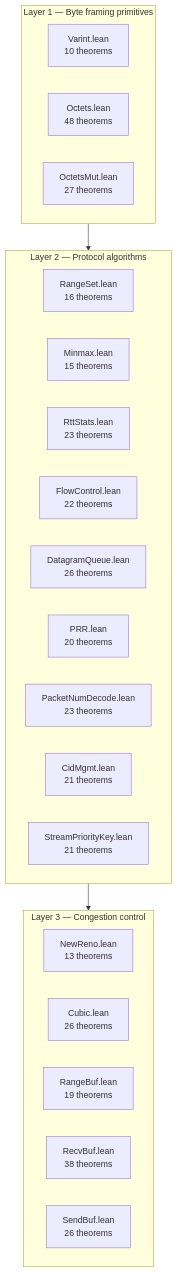
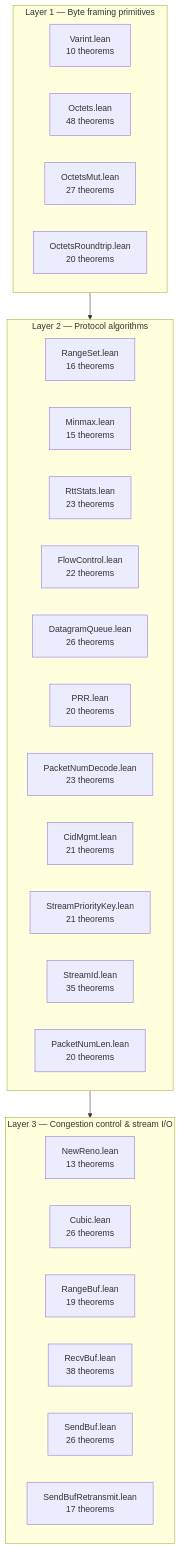
One commit to dsyme/quiche changed the first of 7 diagrams in formal-verification/REPORT.md. Above: the diagram before and after it, drawn with Mermaid. The commit also changed other lines of this file and 1 other file, not shown here.

First line of the commit message:
feat(fv): Tasks 2+10 — varint roundtrip informal spec (T23) + REPORT update (run 74)

````diff
--- a/formal-verification/REPORT.md
+++ b/formal-verification/REPORT.md
@@ -36,28 +37,32 @@
 ```mermaid
 graph TD
     subgraph L1["Layer 1 — Byte framing primitives"]
         Varint["Varint.lean<br/>10 theorems"]
         Octets["Octets.lean<br/>48 theorems"]
         OctetsMut["OctetsMut.lean<br/>27 theorems"]
+        OctetsRT["OctetsRoundtrip.lean<br/>20 theorems"]
     end
     subgraph L2["Layer 2 — Protocol algorithms"]
         RangeSet["RangeSet.lean<br/>16 theorems"]
         Minmax["Minmax.lean<br/>15 theorems"]
         RttStats["RttStats.lean<br/>23 theorems"]
         FlowControl["FlowControl.lean<br/>22 theorems"]
         DatagramQueue["DatagramQueue.lean<br/>26 theorems"]
         PRR["PRR.lean<br/>20 theorems"]
         PacketNumDecode["PacketNumDecode.lean<br/>23 theorems"]
         CidMgmt["CidMgmt.lean<br/>21 theorems"]
         StreamPriorityKey["StreamPriorityKey.lean<br/>21 theorems"]
+        StreamId["StreamId.lean<br/>35 theorems"]
+        PacketNumLen["PacketNumLen.lean<br/>20 theorems"]
     end
-    subgraph L3["Layer 3 — Congestion control"]
+    subgraph L3["Layer 3 — Congestion control & stream I/O"]
         NewReno["NewReno.lean<br/>13 theorems"]
         Cubic["Cubic.lean<br/>26 theorems"]
         RangeBuf["RangeBuf.lean<br/>19 theorems"]
         RecvBuf["RecvBuf.lean<br/>38 theorems"]
         SendBuf["SendBuf.lean<br/>26 theorems"]
+        SendBufRT["SendBufRetransmit.lean<br/>17 theorems"]
     end
     L1 --> L2
     L2 --> L3
 ```
````
